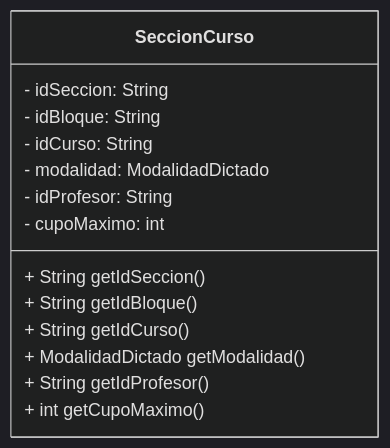
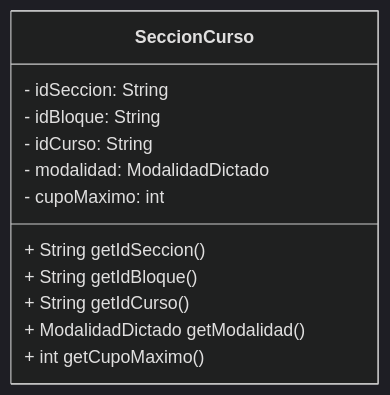
Before and after one commit to Aireck2/take-attendance-java: the diagram in docs/models/SeccionCurso.mmd, drawn with Mermaid (dark theme). The commit also changed 10 other files, not shown here.

Commit message:
docs(docs): update class diagrams

```diff
--- a/docs/models/SeccionCurso.mmd
+++ b/docs/models/SeccionCurso.mmd
@@ -1,15 +1,13 @@
 classDiagram
     class SeccionCurso {
         - idSeccion: String
         - idBloque: String
         - idCurso: String
         - modalidad: ModalidadDictado
-        - idProfesor: String
         - cupoMaximo: int
         + String getIdSeccion()
         + String getIdBloque()
         + String getIdCurso()
         + ModalidadDictado getModalidad()
-        + String getIdProfesor()
         + int getCupoMaximo()
     }
```
